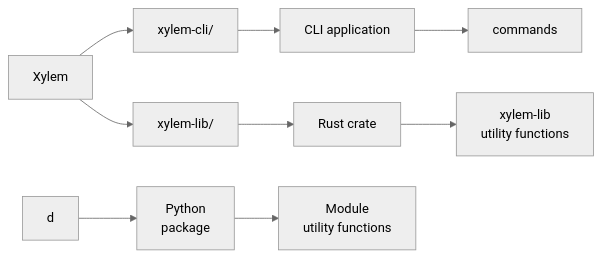
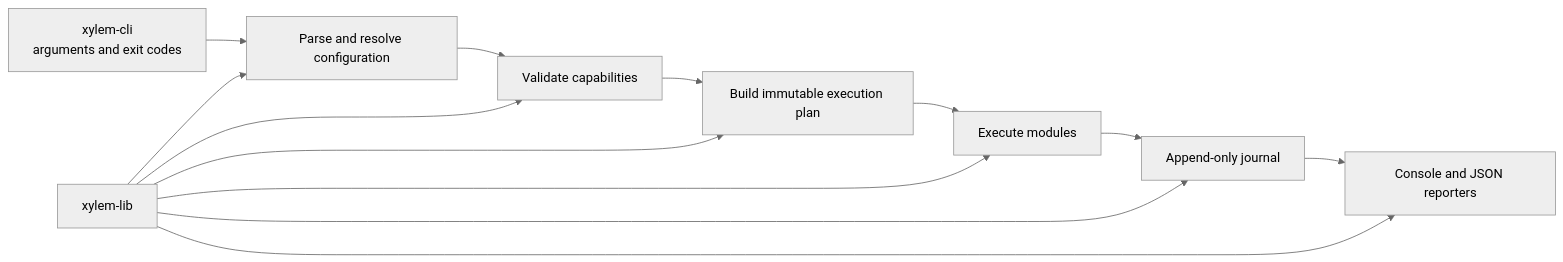
One commit to jhwohlgemuth/xylem changed the diagram in ARCHITECTURE.md. Above: the diagram before and after it, drawn with Mermaid (neutral theme). The commit also changed 38 other files, not shown here.

````diff
--- a/ARCHITECTURE.md
+++ b/ARCHITECTURE.md
@@ -26,11 +26,15 @@
 ```mermaid
-graph LR
-    a[Xylem] --> b[xylem-cli/]
-    a --> c[xylem-lib/]
-    b --> e[CLI application]
-    c --> f[Rust crate]
-    d --> g[Python</br>package]
-    e --> h[commands]
-    f --> j[xylem-lib</br>utility functions]
-    g --> k[Module</br>utility functions]
+flowchart LR
+    cli[xylem-cli<br/>arguments and exit codes] --> parse[Parse and resolve configuration]
+    parse --> validate[Validate capabilities]
+    validate --> plan[Build immutable execution plan]
+    plan --> execute[Execute modules]
+    execute --> journal[Append-only journal]
+    journal --> report[Console and JSON reporters]
+    lib[xylem-lib] --> parse
+    lib --> validate
+    lib --> plan
+    lib --> execute
+    lib --> journal
+    lib --> report
 ```
````
